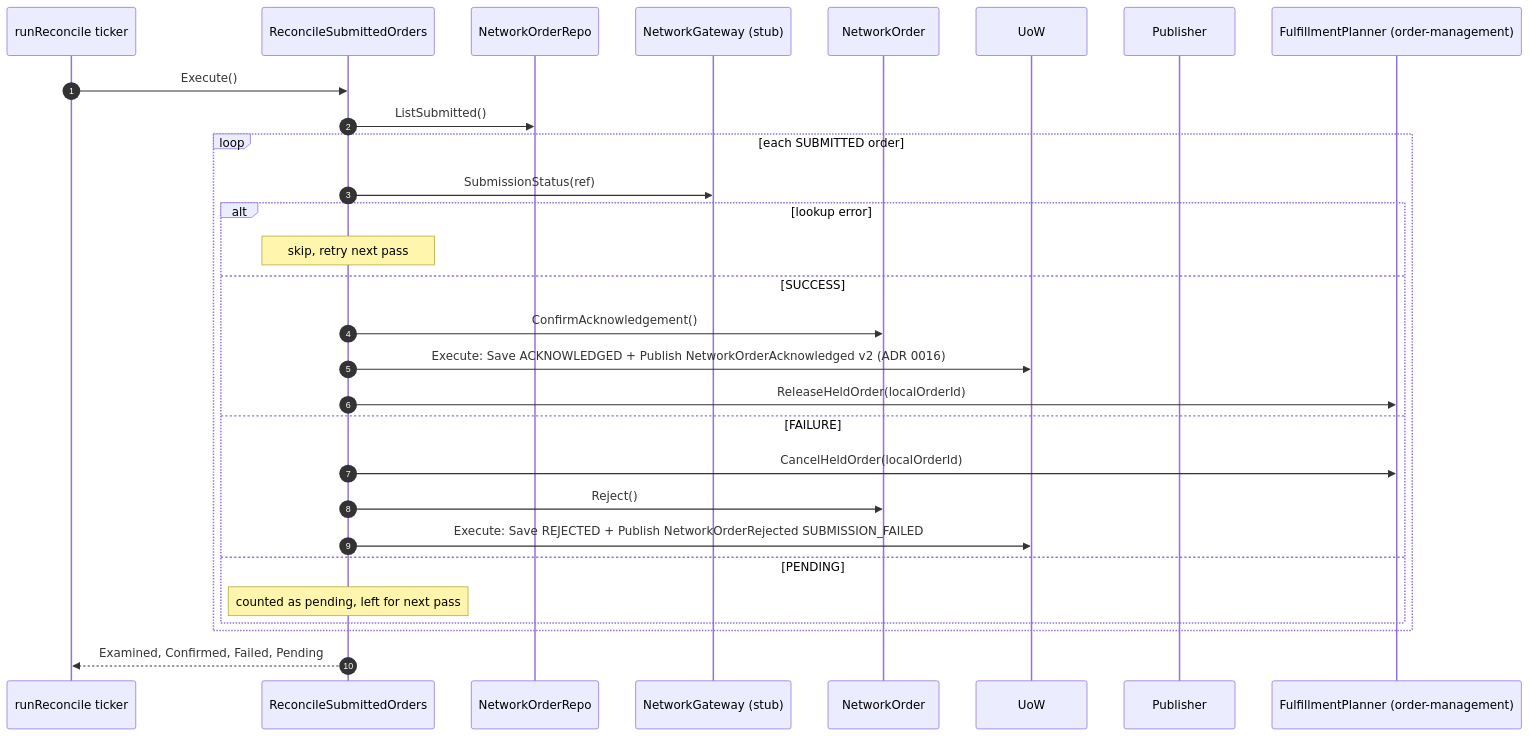
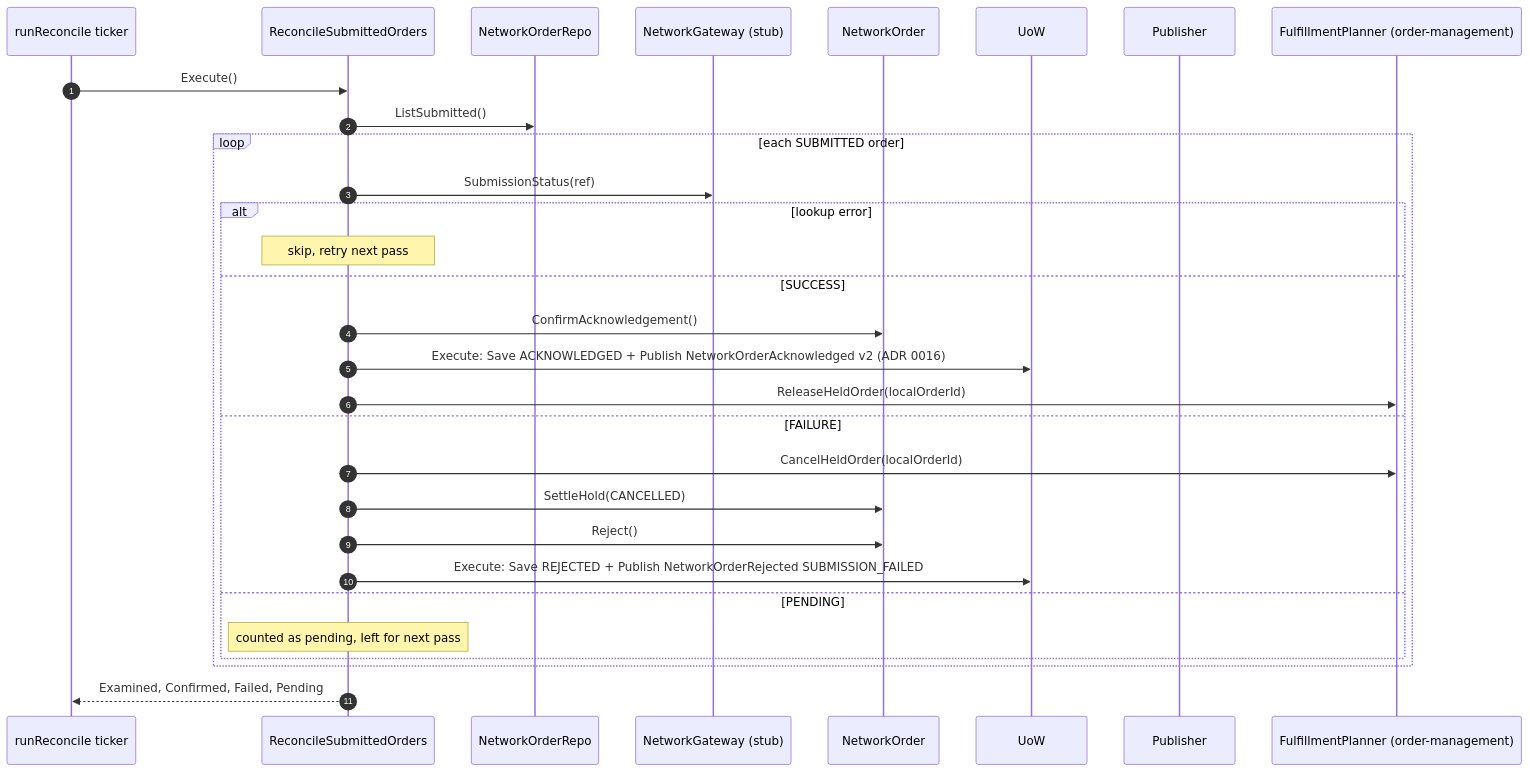
One commit to IQVO/warehouse-docs changed the second of 6 diagrams in docs/contexts/network-fulfillment/sequence-diagrams.md. Above: the diagram before and after it, drawn with Mermaid. The commit also changed other lines of this file and 53 other files, not shown here.

````diff
--- a/docs/contexts/network-fulfillment/sequence-diagrams.md
+++ b/docs/contexts/network-fulfillment/sequence-diagrams.md
@@ -96,31 +110,32 @@
 ```mermaid
 sequenceDiagram
     autonumber
     participant T as runReconcile ticker
     participant UC as ReconcileSubmittedOrders
     participant R as NetworkOrderRepo
     participant GW as NetworkGateway (stub)
     participant A as NetworkOrder
     participant U as UoW
     participant PUB as Publisher
     participant OM as FulfillmentPlanner (order-management)
     T->>UC: Execute()
     UC->>R: ListSubmitted()
     loop each SUBMITTED order
         UC->>GW: SubmissionStatus(ref)
         alt lookup error
             Note over UC: skip, retry next pass
         else SUCCESS
             UC->>A: ConfirmAcknowledgement()
             UC->>U: Execute: Save ACKNOWLEDGED + Publish NetworkOrderAcknowledged v2 (ADR 0016)
             UC->>OM: ReleaseHeldOrder(localOrderId)
         else FAILURE
             UC->>OM: CancelHeldOrder(localOrderId)
+            UC->>A: SettleHold(CANCELLED)
             UC->>A: Reject()
             UC->>U: Execute: Save REJECTED + Publish NetworkOrderRejected SUBMISSION_FAILED
         else PENDING
             Note over UC: counted as pending, left for next pass
         end
     end
     UC-->>T: Examined, Confirmed, Failed, Pending
 ```
````
